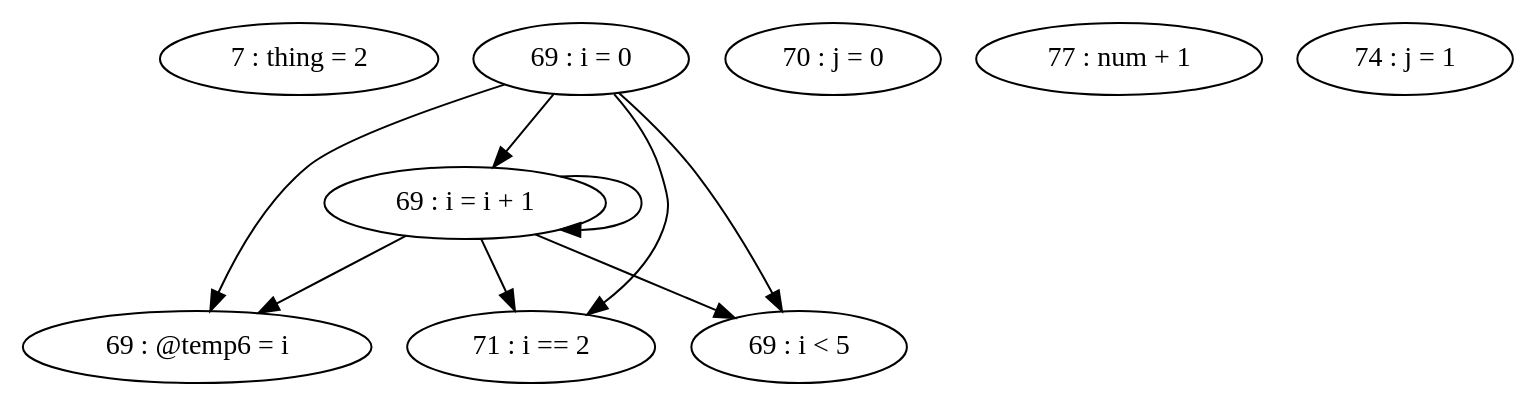
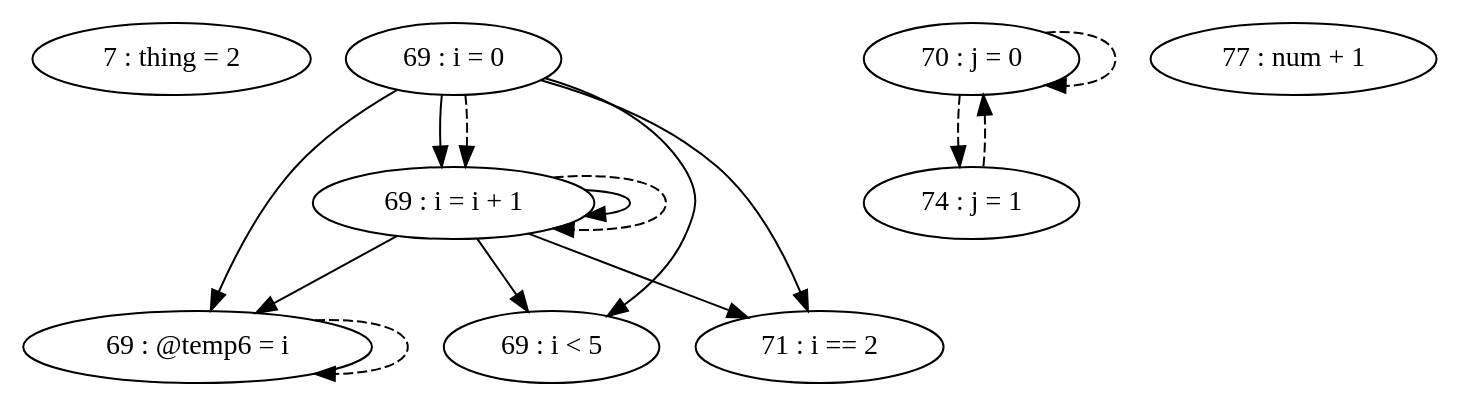
Before and after one commit to thomassimko/thesis-code-duplication: the diagram in target/classes/pdg/source/testFile-getNum.gv, drawn with Graphviz. The commit also changed 61 other files, not shown here.

```diff
--- a/target/classes/pdg/source/testFile-getNum.gv
+++ b/target/classes/pdg/source/testFile-getNum.gv
@@ -1,19 +1,25 @@
 digraph G {
 "7 : thing = 2"
 "69 : i = 0"
 "69 : i = 0" -> "69 : i = i + 1"
 "69 : i = 0" -> "69 : @temp6 = i"
+"69 : i = 0" -> "69 : i < 5"
 "69 : i = 0" -> "71 : i == 2"
-"69 : i = 0" -> "69 : i < 5"
+"69 : i = 0" -> "69 : i = i + 1" [style=dashed]
 "69 : i < 5"
 "70 : j = 0"
+"70 : j = 0" -> "70 : j = 0" [style=dashed]
+"70 : j = 0" -> "74 : j = 1" [style=dashed]
 "71 : i == 2"
 "77 : num + 1"
 "74 : j = 1"
+"74 : j = 1" -> "70 : j = 0" [style=dashed]
 "69 : @temp6 = i"
+"69 : @temp6 = i" -> "69 : @temp6 = i" [style=dashed]
 "69 : i = i + 1"
 "69 : i = i + 1" -> "69 : i = i + 1"
 "69 : i = i + 1" -> "69 : @temp6 = i"
+"69 : i = i + 1" -> "69 : i < 5"
 "69 : i = i + 1" -> "71 : i == 2"
-"69 : i = i + 1" -> "69 : i < 5"
+"69 : i = i + 1" -> "69 : i = i + 1" [style=dashed]
 }
```
